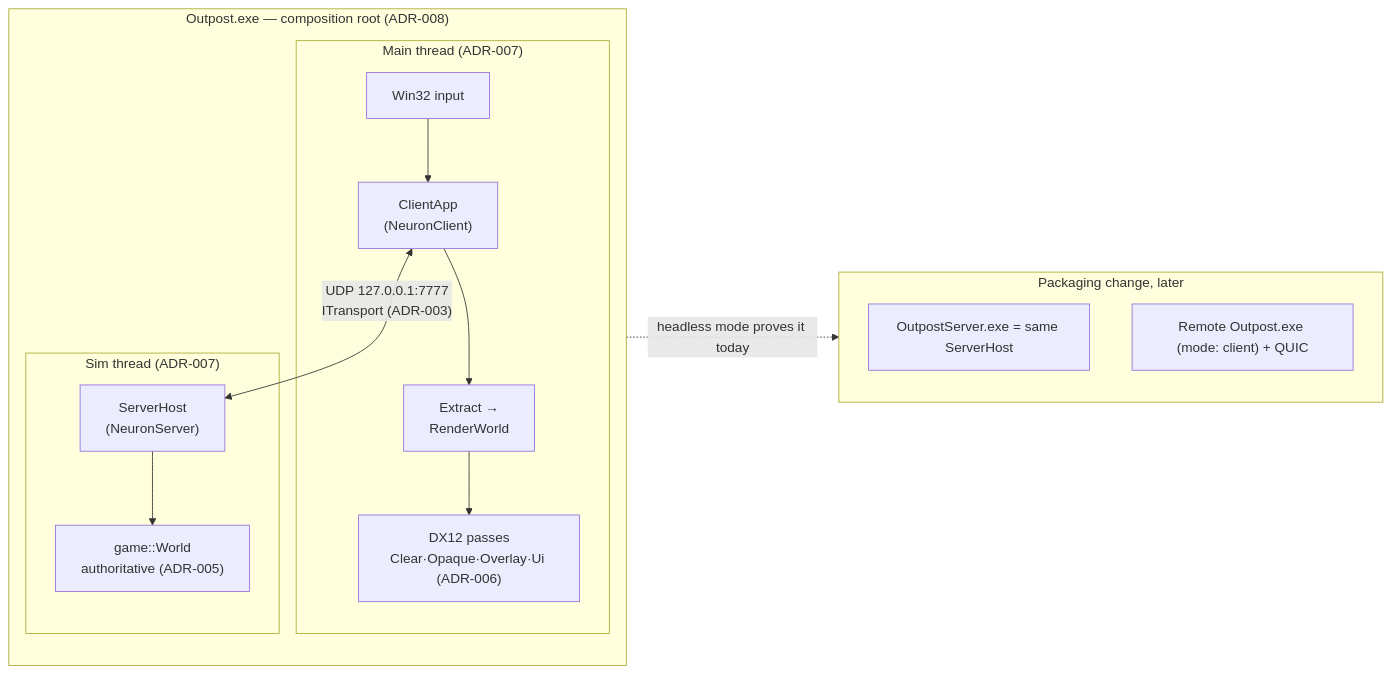
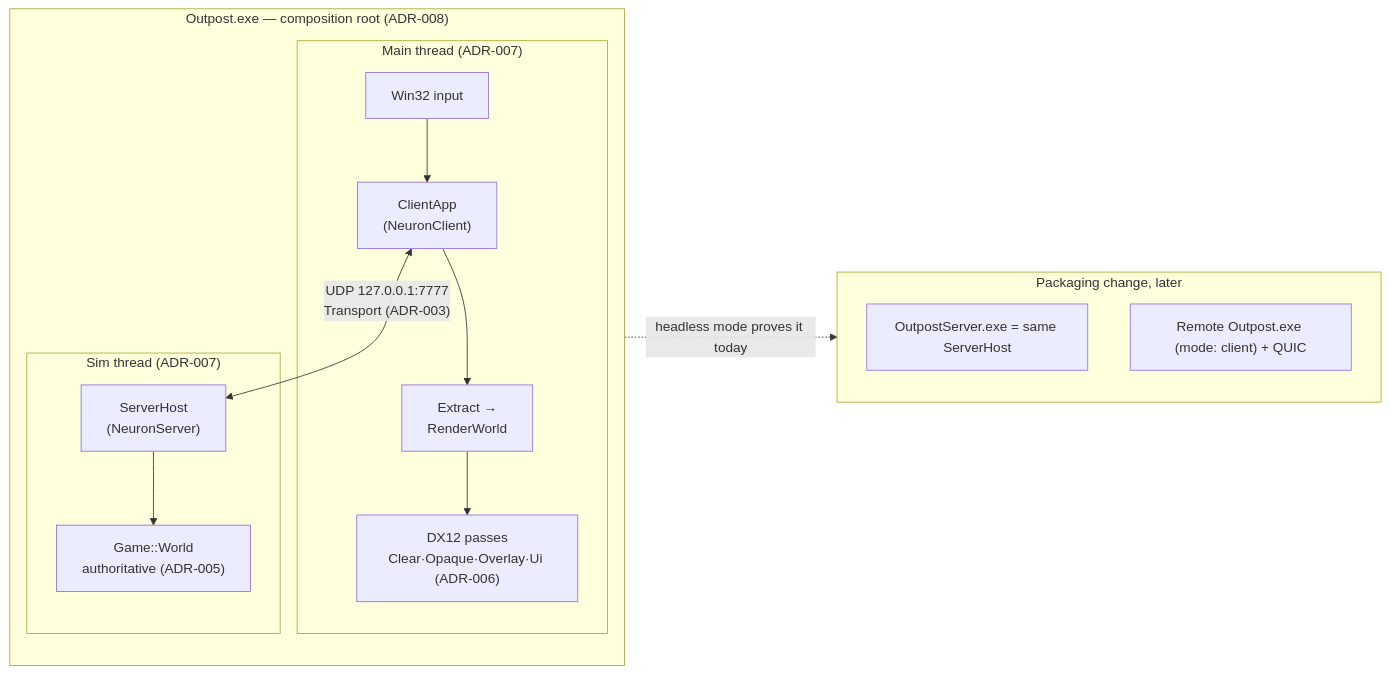
The first of 2 diagrams in Design/Architecture-Overview.md (Zwaliebaba/Outpost.Frontier), drawn with Mermaid before and after one commit. The commit also changed other lines of this file and 15 other files, not shown here.

````diff
--- a/Design/Architecture-Overview.md
+++ b/Design/Architecture-Overview.md
@@ -12,18 +12,18 @@
 ```mermaid
 flowchart LR
     subgraph EXE["Outpost.exe — composition root (ADR-008)"]
         subgraph MAINT["Main thread (ADR-007)"]
             IN[Win32 input] --> CA
             CA["ClientApp<br/>(NeuronClient)"] --> RW["Extract →<br/>RenderWorld"] --> GPU["DX12 passes<br/>Clear·Opaque·Overlay·Ui (ADR-006)"]
         end
         subgraph SIMT["Sim thread (ADR-007)"]
-            SH["ServerHost<br/>(NeuronServer)"] --> W["game::World<br/>authoritative (ADR-005)"]
+            SH["ServerHost<br/>(NeuronServer)"] --> W["Game::World<br/>authoritative (ADR-005)"]
         end
-        CA <-- "UDP 127.0.0.1:7777<br/>ITransport (ADR-003)" --> SH
+        CA <-- "UDP 127.0.0.1:7777<br/>Transport (ADR-003)" --> SH
     end
     subgraph FUT["Packaging change, later"]
         OS["OutpostServer.exe = same ServerHost"]
         RC["Remote Outpost.exe (mode: client) + QUIC"]
     end
     EXE -.->|"headless mode proves it today"| FUT
 ```
````
